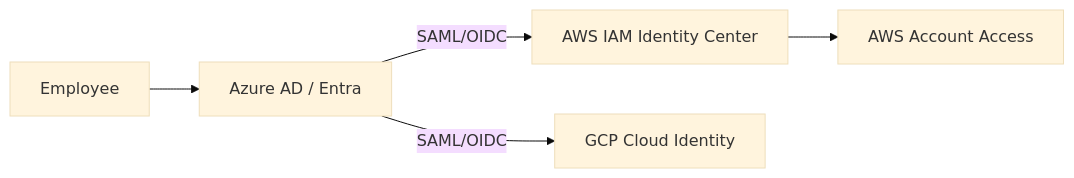
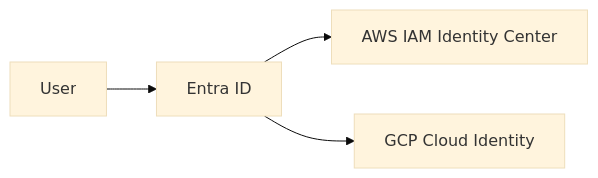
Before and after one commit to Devopstrio/hybrid-landingzone: the sixth of 30 diagrams in README.md, drawn with Mermaid (base theme). The commit also changed other lines of this file, not shown here.

Commit message:
docs: expand README with 30+ architectural diagrams

````diff
--- a/README.md
+++ b/README.md
@@ -169,7 +76,6 @@
 ```mermaid
 graph LR
-    User[Employee] --> Entra[Azure AD / Entra]
-    Entra -->|SAML/OIDC| AWS[AWS IAM Identity Center]
-    Entra -->|SAML/OIDC| GCP[GCP Cloud Identity]
-    AWS --> Acc[AWS Account Access]
+    User --> Entra[Entra ID]
+    Entra --> AWS[AWS IAM Identity Center]
+    Entra --> GCP[GCP Cloud Identity]
 ```
````
